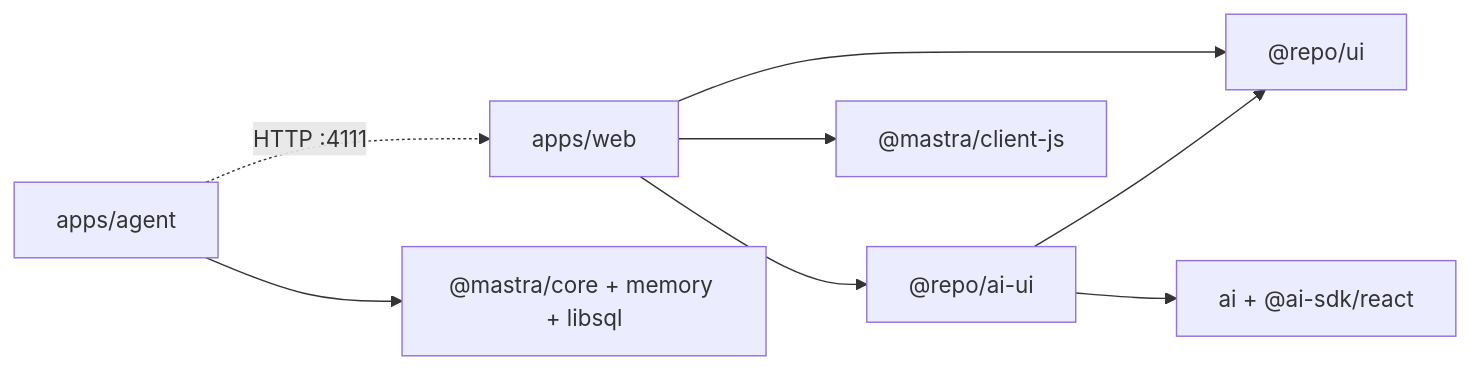
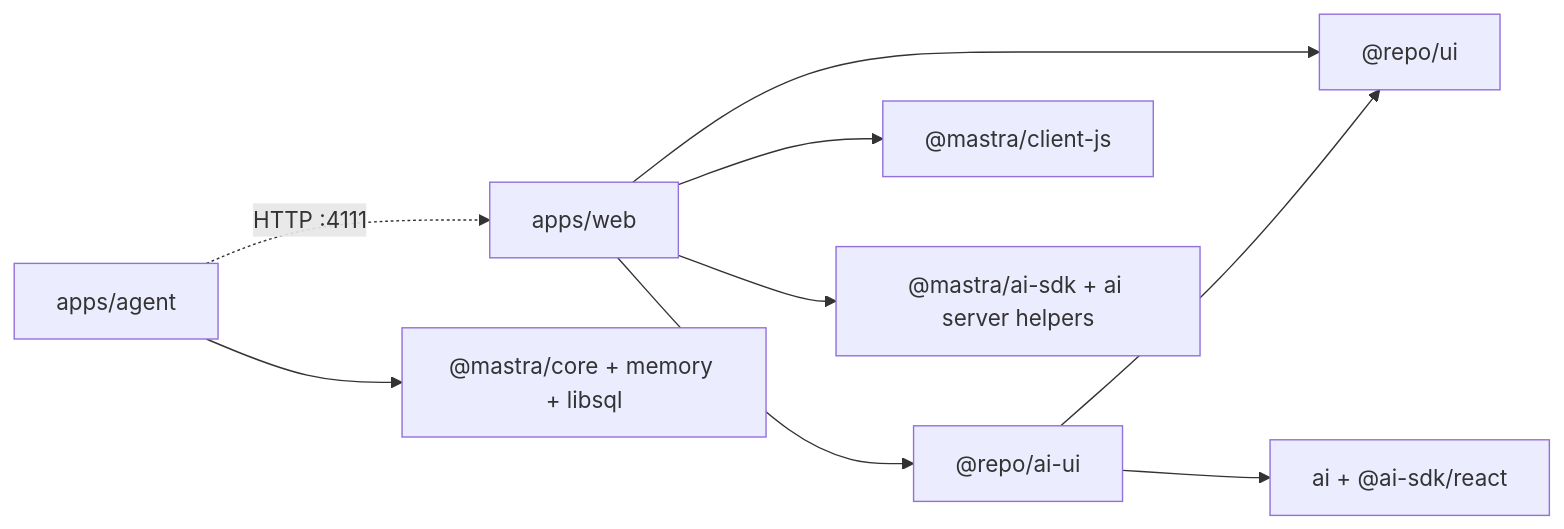
The third of 3 diagrams in docs/architecture/mastra-web-connection.md (khedhar108/monorepo-shadcn-tailwindcss), drawn with Mermaid before and after one commit. The commit also changed other lines of this file and 18 other files, not shown here.

````diff
--- a/docs/architecture/mastra-web-connection.md
+++ b/docs/architecture/mastra-web-connection.md
@@ -623,10 +659,11 @@
 ```mermaid
 flowchart LR
   web["apps/web"] --> aiui["@repo/ai-ui"]
   web --> ui["@repo/ui"]
   web --> client["@mastra/client-js"]
+  web --> adapter["@mastra/ai-sdk + ai server helpers"]
   aiui --> ui
   aiui --> aisdk["ai + @ai-sdk/react"]
   agent["apps/agent"] --> mastra["@mastra/core + memory + libsql"]
   agent -.->|"HTTP :4111"| web
 ```
````
